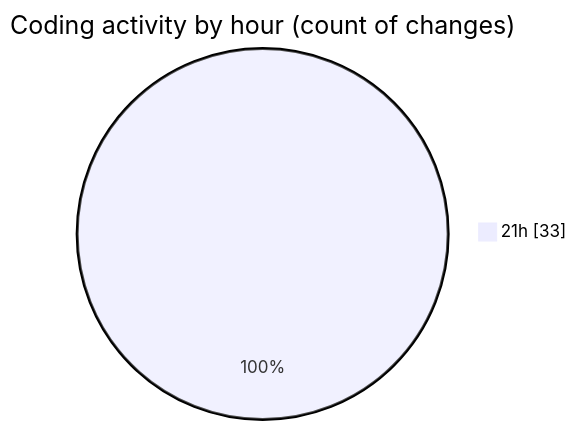
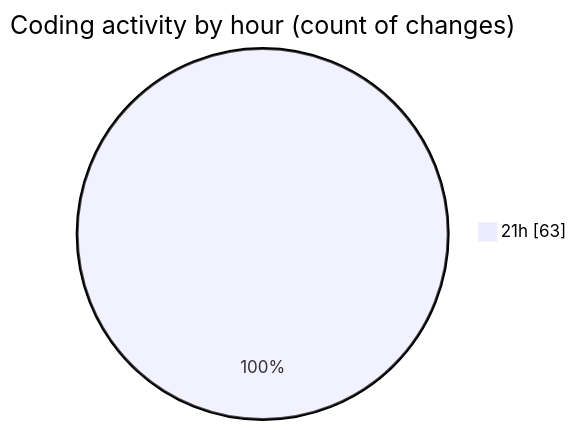
Before and after one commit to Ritupan-Deka/code-tracking: the second of 2 diagrams in 2025-08-03/javascript/README.md, drawn with Mermaid. The commit also changed other lines of this file and 1 other file, not shown here.

````diff
--- a/2025-08-03/javascript/README.md
+++ b/2025-08-03/javascript/README.md
@@ -28,5 +28,5 @@
 ```mermaid
 pie showData
 title Coding activity by hour (count of changes)
-"21h" : 33
+"21h" : 63
 ```
````
